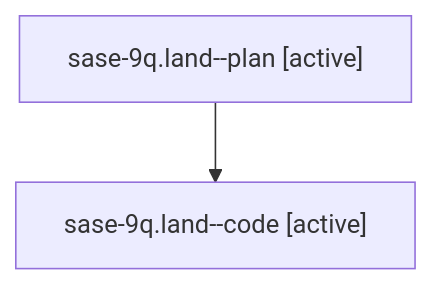
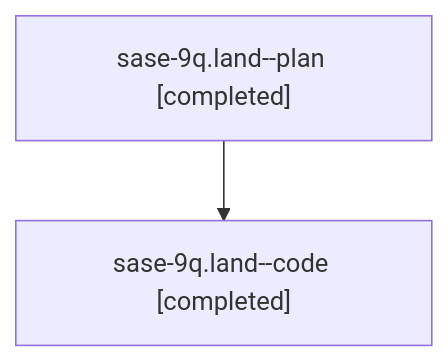
One commit to sase-org/sase--agents changed the diagram in families/bbugyi200.athena.sase-9q.land.md. Above: the diagram before and after it, drawn with Mermaid. The commit also changed other lines of this file and 43 other files, not shown here.

````diff
--- a/families/bbugyi200.athena.sase-9q.land.md
+++ b/families/bbugyi200.athena.sase-9q.land.md
@@ -7,6 +7,6 @@
 ```mermaid
 flowchart TD
-  n0["sase-9q.land--plan [active]"]
-  n1["sase-9q.land--code [active]"]
+  n0["sase-9q.land--plan [completed]"]
+  n1["sase-9q.land--code [completed]"]
   n0 --> n1
 ```
````
